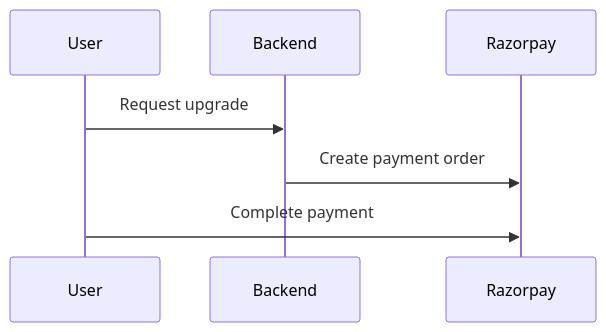
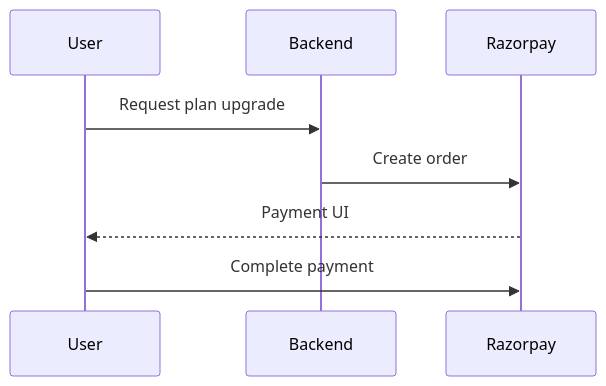
One commit to ashpb07/subscription-api-drf changed the second of 4 diagrams in README.md. Above: the diagram before and after it, drawn with Mermaid. The commit also changed other lines of this file and 4 other files, not shown here.

````diff
--- a/README.md
+++ b/README.md
@@ -47,6 +46,11 @@
 ```mermaid
 sequenceDiagram
-User->>Backend: Request upgrade
-Backend->>Razorpay: Create payment order
-User->>Razorpay: Complete payment
+    participant User
+    participant Backend
+    participant Razorpay
+
+    User->>Backend: Request plan upgrade
+    Backend->>Razorpay: Create order
+    Razorpay-->>User: Payment UI
+    User->>Razorpay: Complete payment
 ```
````
